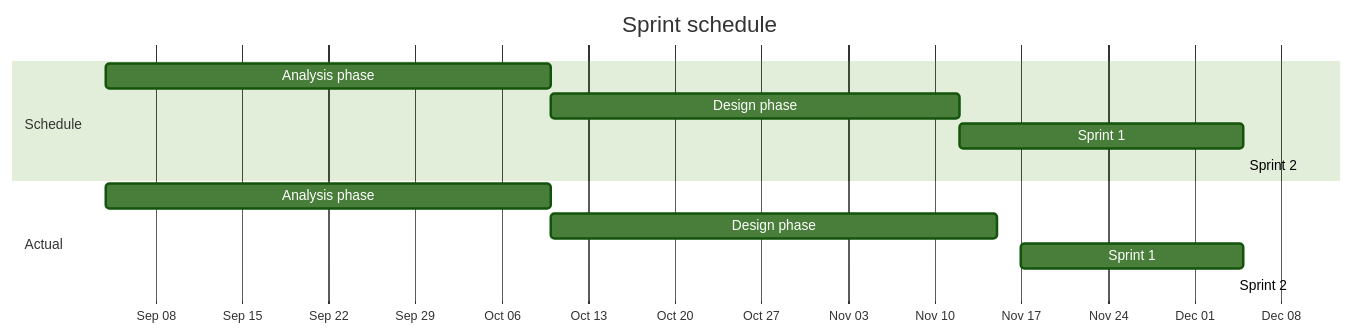
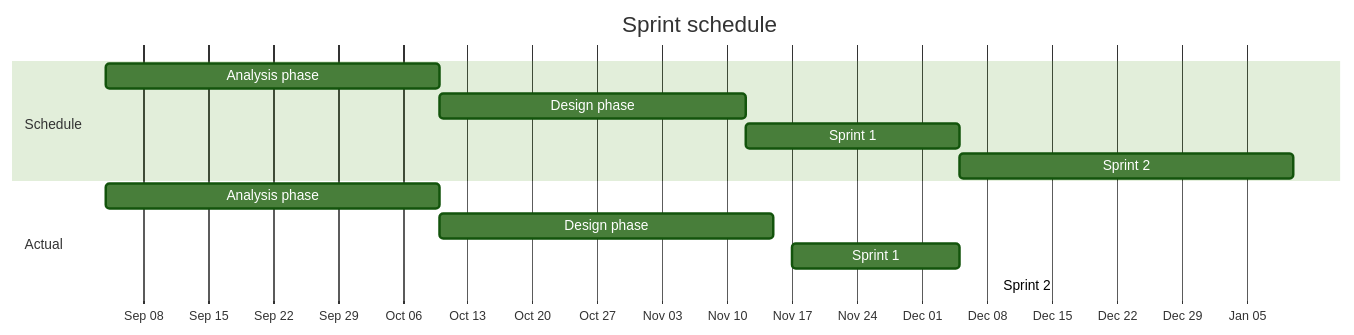
The seventh of 9 diagrams in docs/readme.md (RandomSearch18/a-level-project), drawn with Mermaid (forest theme) before and after one commit.

Commit message:
Add due date for sprint 2

````diff
--- a/docs/readme.md
+++ b/docs/readme.md
@@ -1479,17 +1479,17 @@
 ```mermaid
 gantt
   title Sprint schedule
   dateFormat YYYY-MM-DD
   axisFormat %b %d
   tickInterval 1week
   section Schedule
     Analysis phase: 2024-09-04, 2024-10-10
     Design phase: 2024-10-10, 2024-11-12
     Sprint 1: 2024-11-12, 2024-12-05
-    Sprint 2: 2024-12-05,
+    Sprint 2: 2024-12-05, 2025-01-10
   section Actual
     Analysis phase: 2024-09-04, 2024-10-10
     Design phase: 2024-10-10, 2024-11-15
     Sprint 1: 2024-11-17, 2024-12-05
     Sprint 2: 2024-12-09,
 ```
````
